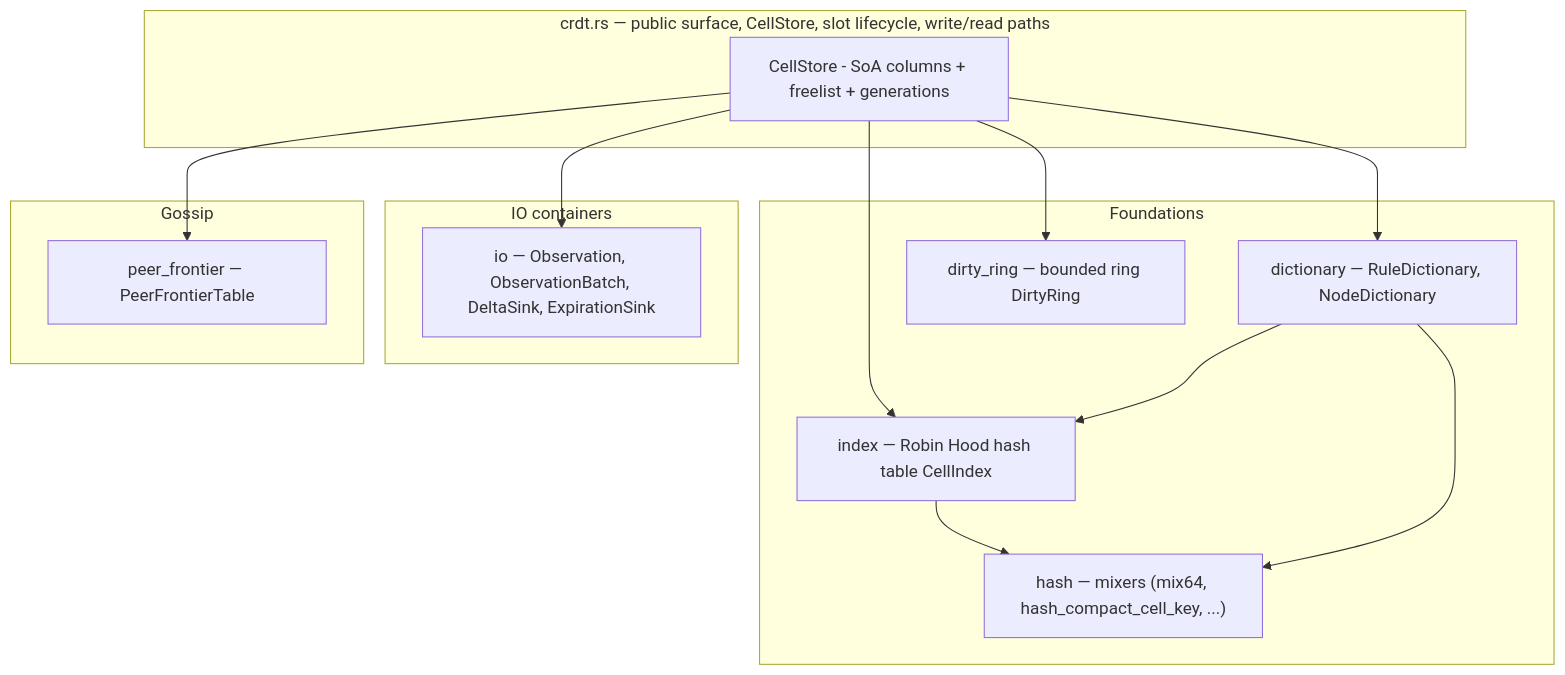
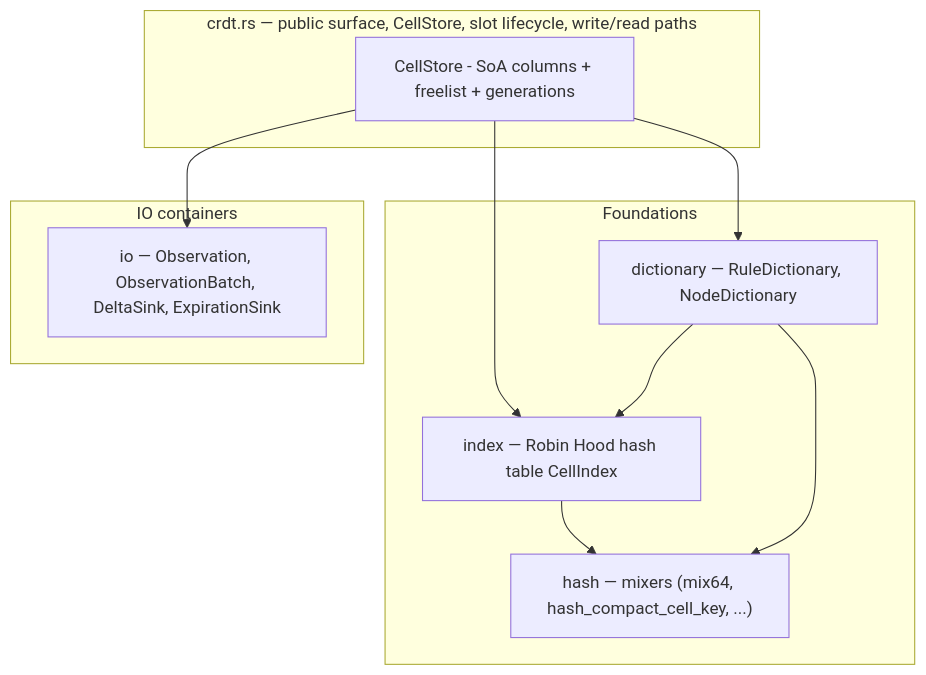
The first of 12 diagrams in crates/gabion/CRDT.md (prosody-events/gabion), drawn with Mermaid before and after one commit. The commit also changed other lines of this file, not shown here.

````diff
--- a/crates/gabion/CRDT.md
+++ b/crates/gabion/CRDT.md
@@ -80,30 +74,23 @@
 ```mermaid
 flowchart TB
     subgraph topmodule["crdt.rs — public surface, CellStore, slot lifecycle, write/read paths"]
         CS[CellStore - SoA columns + freelist + generations]
     end
 
     subgraph foundations["Foundations"]
         H["hash — mixers (mix64, hash_compact_cell_key, ...)"]
         D["dictionary — RuleDictionary, NodeDictionary"]
         I["index — Robin Hood hash table CellIndex"]
-        DR["dirty_ring — bounded ring DirtyRing"]
     end
 
     subgraph iolayer["IO containers"]
         IO["io — Observation, ObservationBatch, DeltaSink, ExpirationSink"]
-    end
-
-    subgraph gossip["Gossip"]
-        PF["peer_frontier — PeerFrontierTable"]
     end
 
     CS --> D
     CS --> I
     I --> H
     D --> H
     D --> I
-    CS --> DR
     CS --> IO
-    CS --> PF
 ```
````
